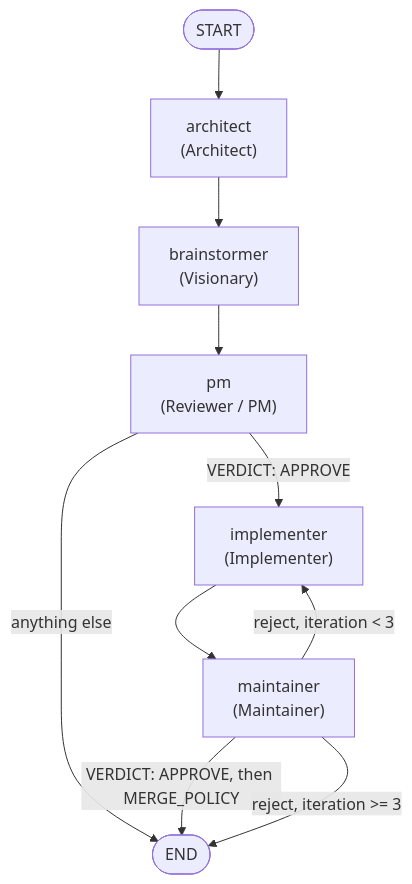
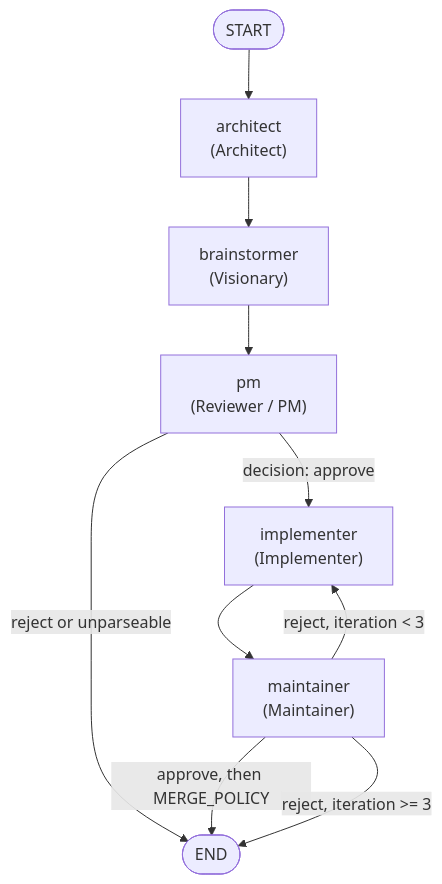
One commit to PxA-Labs/AutoMaintainer changed the second of 2 diagrams in ARCHITECTURE.md. Above: the diagram before and after it, drawn with Mermaid. The commit also changed other lines of this file and 4 other files, not shown here.

````diff
--- a/ARCHITECTURE.md
+++ b/ARCHITECTURE.md
@@ -111,20 +111,20 @@
 ```mermaid
 flowchart TD
     __start__([START])
     architect["architect<br/>(Architect)"]
     brainstormer["brainstormer<br/>(Visionary)"]
     pm["pm<br/>(Reviewer / PM)"]
     implementer["implementer<br/>(Implementer)"]
     maintainer["maintainer<br/>(Maintainer)"]
     __end__([END])
 
     __start__ --> architect
     architect --> brainstormer
     brainstormer --> pm
-    pm -->|"VERDICT: APPROVE"| implementer
-    pm -->|"anything else"| __end__
+    pm -->|"decision: approve"| implementer
+    pm -->|"reject or unparseable"| __end__
     implementer --> maintainer
-    maintainer -->|"VERDICT: APPROVE, then MERGE_POLICY"| __end__
+    maintainer -->|"approve, then MERGE_POLICY"| __end__
     maintainer -->|"reject, iteration < 3"| implementer
     maintainer -->|"reject, iteration >= 3"| __end__
 ```
````
